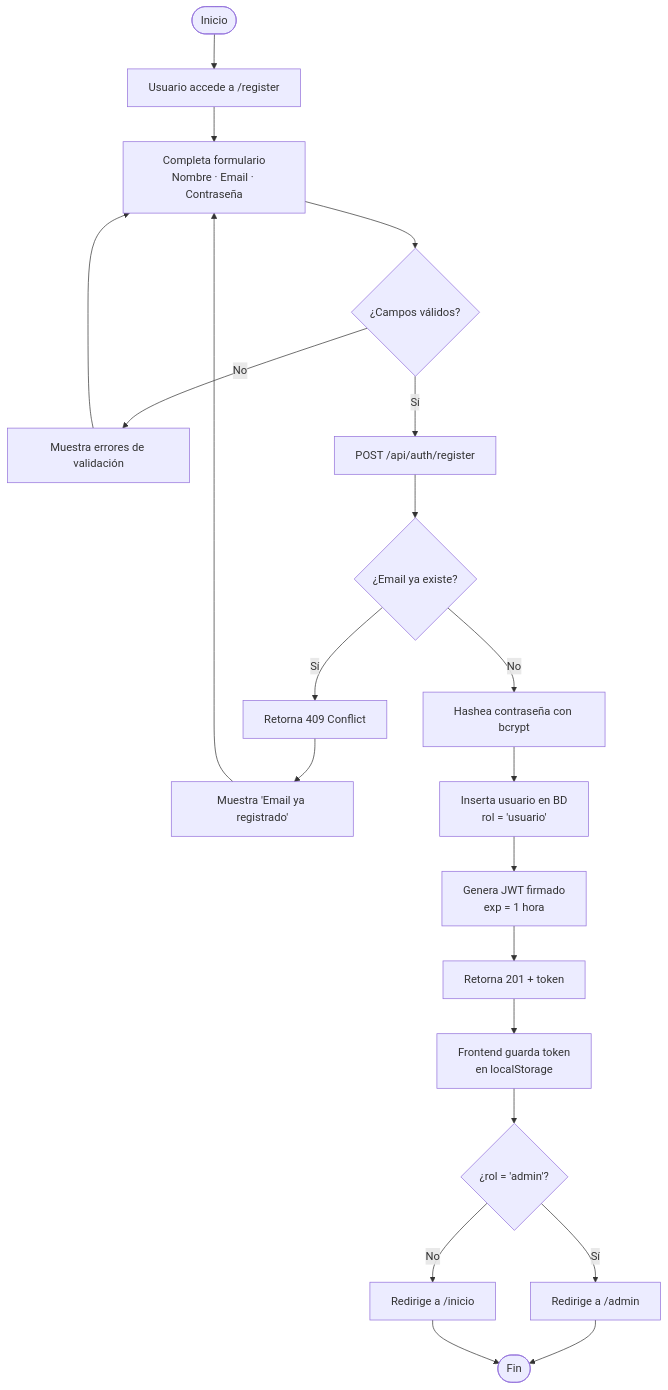
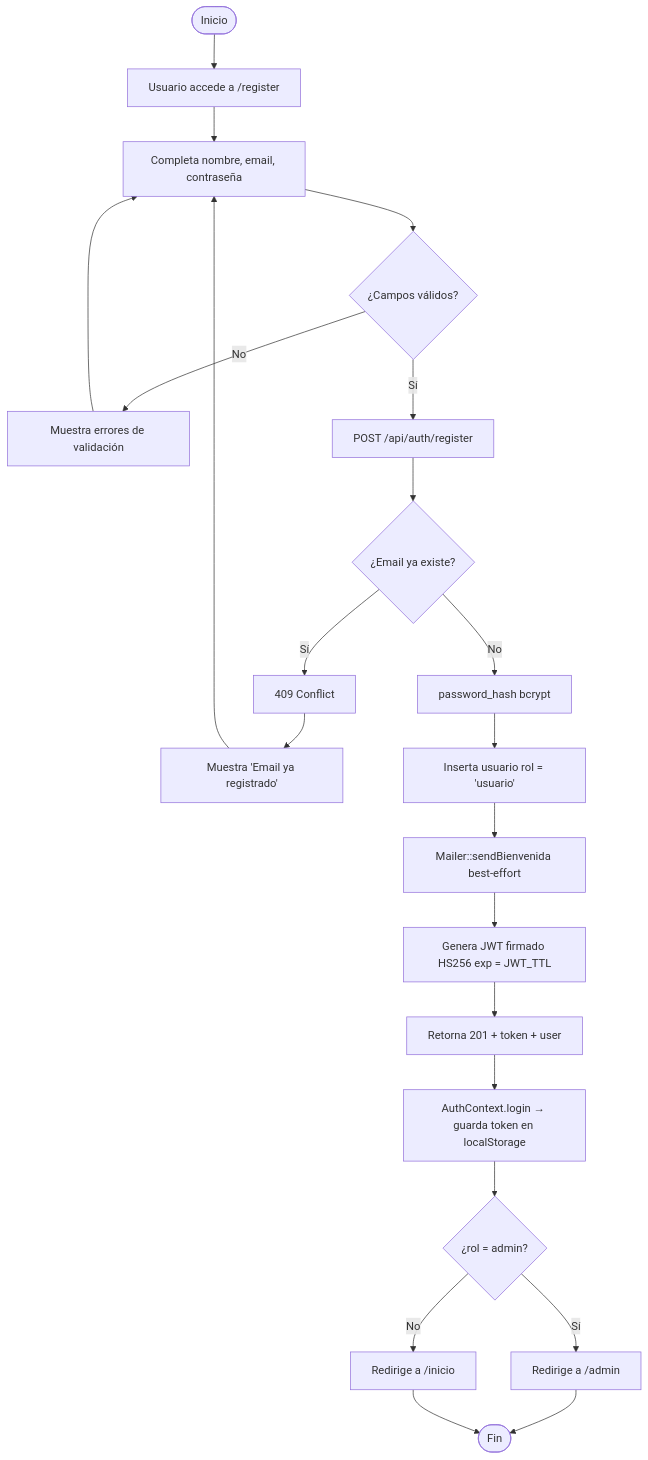
One commit to JorggeHM/TuViaje changed the fifth of 14 diagrams in DIAGRAMAS.md. Above: the diagram before and after it, drawn with Mermaid. The commit also changed other lines of this file and 15 other files, not shown here.

````diff
--- a/DIAGRAMAS.md
+++ b/DIAGRAMAS.md
@@ -277,23 +401,24 @@
 ```mermaid
 flowchart TD
     A([Inicio]) --> B[Usuario accede a /register]
-    B --> C[Completa formulario\nNombre · Email · Contraseña]
+    B --> C[Completa nombre, email, contraseña]
     C --> D{¿Campos válidos?}
     D -- No --> E[Muestra errores de validación]
     E --> C
     D -- Sí --> F[POST /api/auth/register]
     F --> G{¿Email ya existe?}
-    G -- Sí --> H[Retorna 409 Conflict]
+    G -- Sí --> H[409 Conflict]
     H --> I[Muestra 'Email ya registrado']
     I --> C
-    G -- No --> J[Hashea contraseña con bcrypt]
-    J --> K[Inserta usuario en BD\nrol = 'usuario']
-    K --> L[Genera JWT firmado\nexp = 1 hora]
-    L --> M[Retorna 201 + token]
-    M --> N[Frontend guarda token\nen localStorage]
-    N --> O{¿rol = 'admin'?}
-    O -- Sí --> P[Redirige a /admin]
-    O -- No --> Q[Redirige a /inicio]
-    P --> R([Fin])
-    Q --> R
+    G -- No --> J[password_hash bcrypt]
+    J --> K[Inserta usuario rol = 'usuario']
+    K --> L[Mailer::sendBienvenida best-effort]
+    L --> M[Genera JWT firmado HS256 exp = JWT_TTL]
+    M --> N[Retorna 201 + token + user]
+    N --> O[AuthContext.login → guarda token en localStorage]
+    O --> P{¿rol = admin?}
+    P -- Sí --> Q[Redirige a /admin]
+    P -- No --> R[Redirige a /inicio]
+    Q --> S([Fin])
+    R --> S
 ```
````
